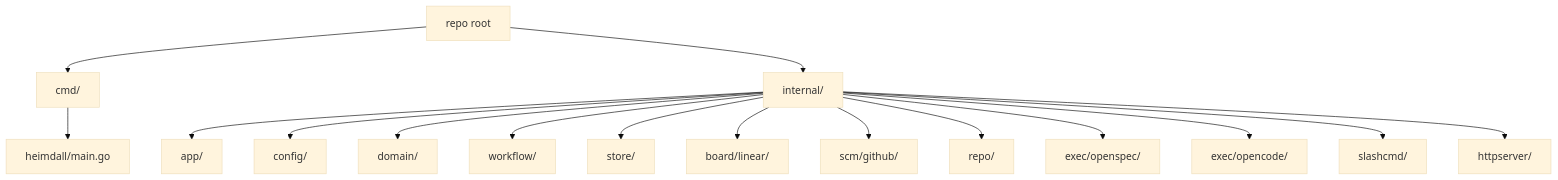
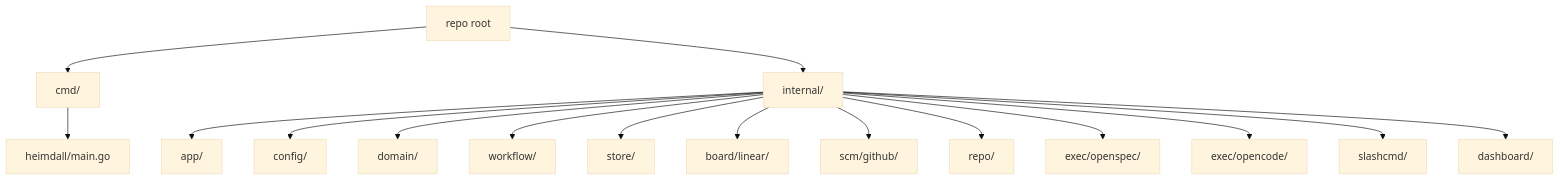
Before and after one commit to mngeow/heimdall: the third of 3 diagrams in docs/architecture.md, drawn with Mermaid (base theme). The commit also changed other lines of this file and 24 other files, not shown here.

````diff
--- a/docs/architecture.md
+++ b/docs/architecture.md
@@ -146,18 +146,18 @@
 ```mermaid
 flowchart TB
     Root["repo root"] --> Cmd["cmd/"]
     Root --> Internal["internal/"]
     Cmd --> Main["heimdall/main.go"]
     Internal --> App["app/"]
     Internal --> Config["config/"]
     Internal --> Domain["domain/"]
     Internal --> Workflow["workflow/"]
     Internal --> Store["store/"]
     Internal --> Board["board/linear/"]
     Internal --> SCM["scm/github/"]
     Internal --> Repo["repo/"]
     Internal --> OpenSpec["exec/openspec/"]
     Internal --> OpenCode["exec/opencode/"]
     Internal --> SlashCmd["slashcmd/"]
-    Internal --> HTTPServer["httpserver/"]
+    Internal --> Dashboard["dashboard/"]
 ```
````
